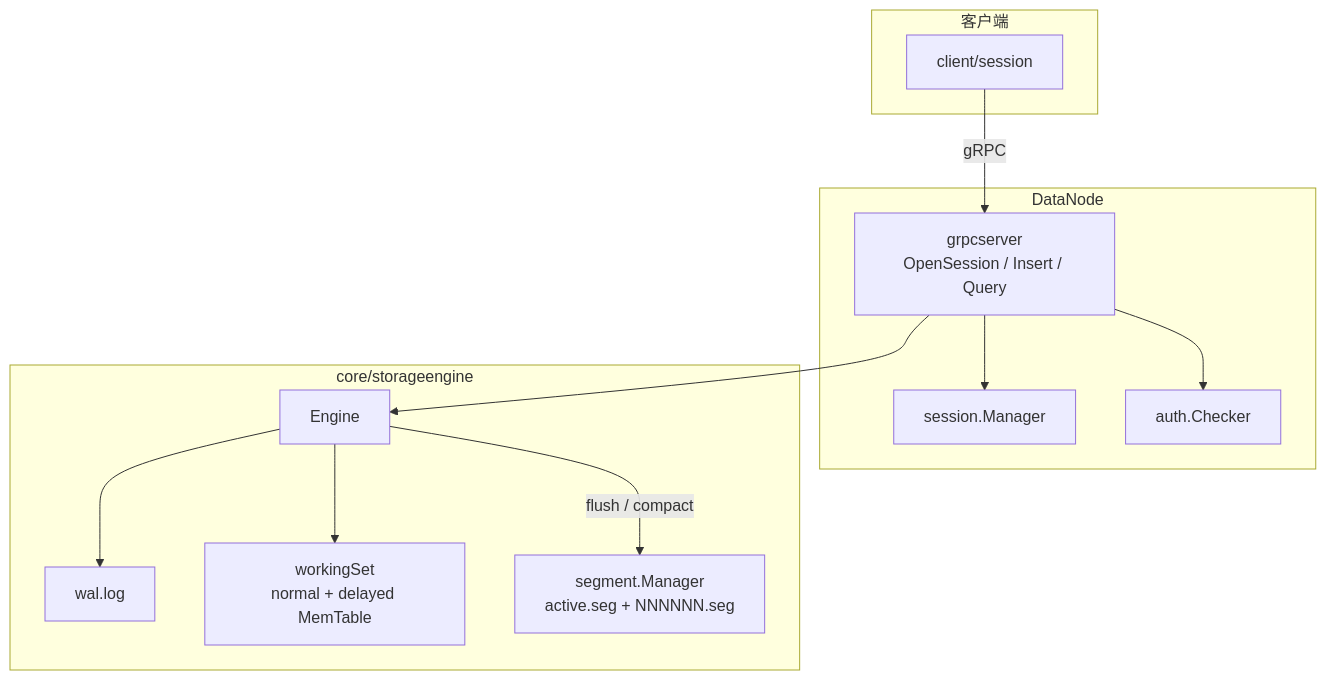
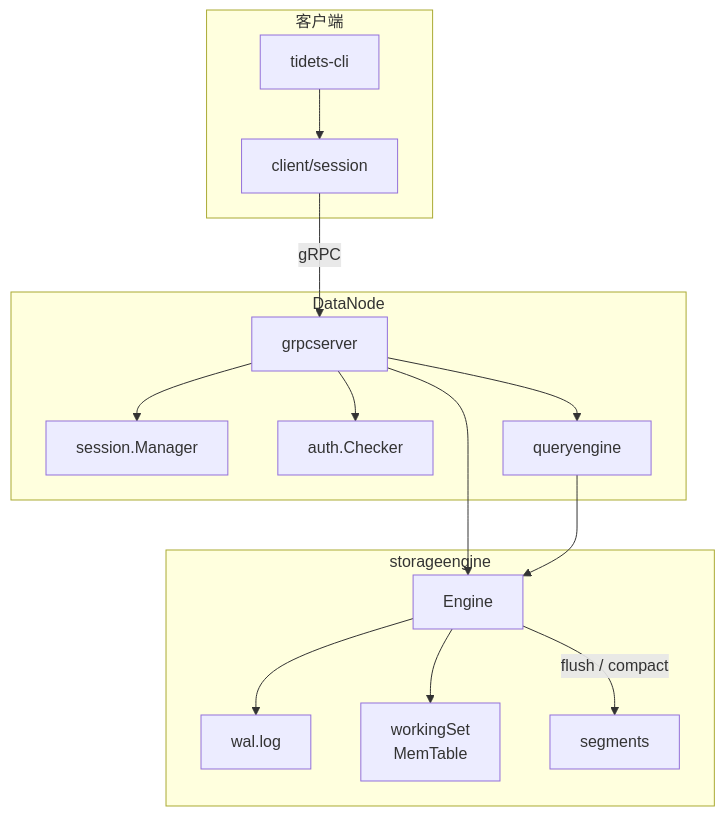
Before and after one commit to Yuukadesu/TideTS: the first of 2 diagrams in README.md, drawn with Mermaid. The commit also changed other lines of this file and 38 other files, not shown here.

````diff
--- a/README.md
+++ b/README.md
@@ -148,27 +182,32 @@
 ```mermaid
 flowchart TB
   subgraph client [客户端]
+    CLI["tidets-cli"]
     SDK["client/session"]
   end
 
   subgraph datanode [DataNode]
-    GRPC["grpcserver\nOpenSession / Insert / Query"]
+    GRPC["grpcserver"]
     SESS["session.Manager"]
     AUTH["auth.Checker"]
+    SQL["queryengine"]
   end
 
-  subgraph storage [core/storageengine]
+  subgraph storage [storageengine]
     ENG["Engine"]
     WAL["wal.log"]
-    WS["workingSet\nnormal + delayed MemTable"]
-    SEG["segment.Manager\nactive.seg + NNNNNN.seg"]
+    WS["workingSet\nMemTable"]
+    SEG["segments"]
   end
 
+  CLI --> SDK
   SDK -->|gRPC| GRPC
   GRPC --> SESS
   GRPC --> AUTH
+  GRPC --> SQL
   GRPC --> ENG
+  SQL --> ENG
   ENG --> WAL
   ENG --> WS
   ENG -->|flush / compact| SEG
 ```
````
